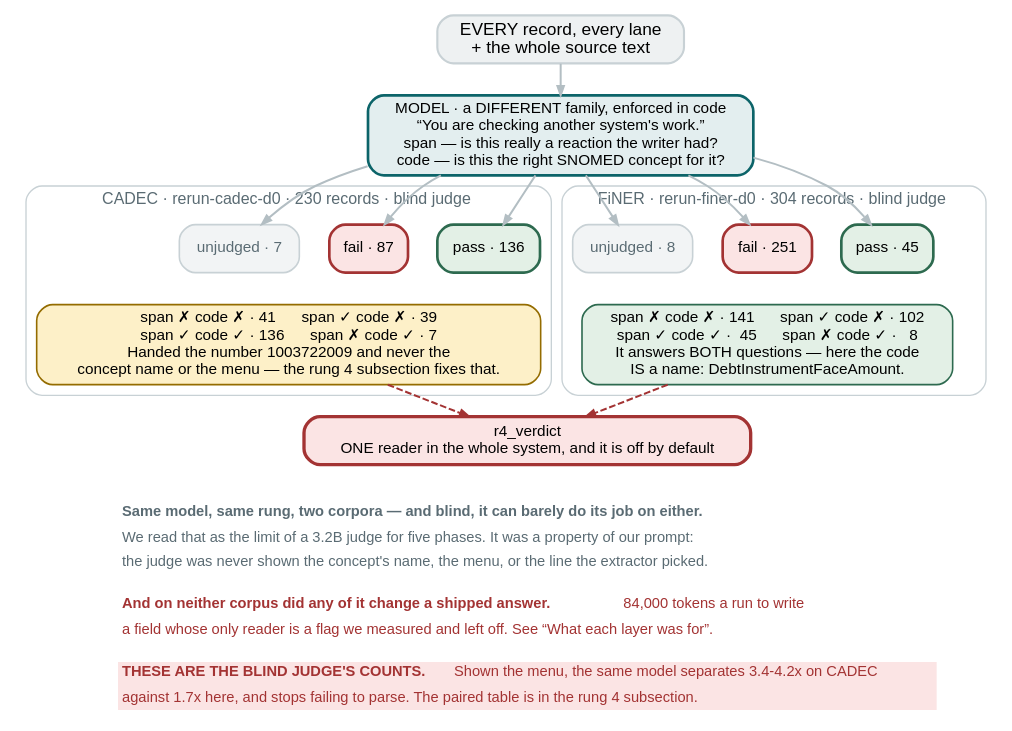
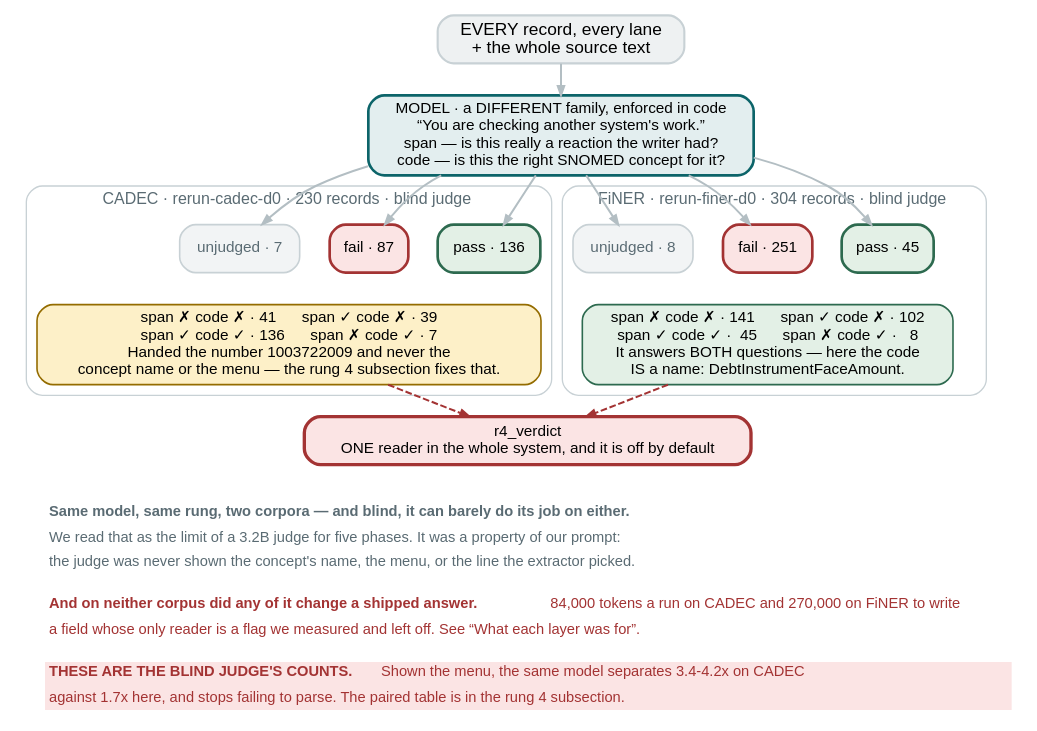
One commit to wbagais/reliability-ladder changed the diagram in docs/figures/fig18-rung4.dot. Above: the diagram before and after it, drawn with Graphviz. The commit also changed 9 other files, not shown here.

Commit message:
Two-corpus article: the same audit — CADEC corrections ported; FiNER's type-check gold numbers were the test split's (dev: 89.7% typed, 2.7% false rejections), the 47.6 example was outside the dev split, 19.5→Revenues is post-vote, 12 synonyms per concept is one concept; four figures corrected

```diff
--- a/docs/figures/fig18-rung4.dot
+++ b/docs/figures/fig18-rung4.dot
@@ -1,67 +1,67 @@
 // Rung 4 on both corpora. One model call per record; the judge is required to be
 // a different family from the extractor, enforced in run.py.
 //
 // THE BLIND JUDGE AS SHIPPED, on the base run (2026-09-03): CADEC
 // rerun-cadec-d0 (230 records) pass 136 / fail 87 / 7 unjudged; FiNER
 // rerun-finer-d0 (304) pass 45 / fail 251 / 8 unjudged, decomposed to
 // (span_ok, code_ok). Each panel is ONE run and says which. The judge here was
 // handed a bare code and no menu; the menu-shown judge (rungs.4.menu) is the
 // table in article section 6, and it supersedes these counts.
 //
 // COLOUR KEY — the article's: teal a model runs here · green pass · red fail
 digraph rung4 {
   rankdir=TB; bgcolor="white"; nodesep=0.30; ranksep=0.34;
   node [shape=box style="filled,rounded" fontname="Helvetica" fontsize=11.5
         color="#c8d1d5" penwidth=1.2];
   edge [color="#b3bec3" penwidth=1.5 arrowsize=0.7 fontname="Helvetica" fontsize=10];
 
   in [label="EVERY record, every lane\n+ the whole source text"
       fillcolor="#eef1f2" fontsize=13 penwidth=1.6];
   j  [label="MODEL · a DIFFERENT family, enforced in code\n“You are checking another system's work.”\nspan — is this really a reaction the writer had?\ncode — is this the right SNOMED concept for it?"
       fillcolor="#e3eeef" color="#0c6469" penwidth=2];
 
   subgraph cluster_c {
     label="  CADEC · rerun-cadec-d0 · 230 records · blind judge  "; fontname="Helvetica"; fontsize=12;
     color="#c8d1d5"; style=rounded; fontcolor="#5a6b73";
     cp [label="pass · 136" fillcolor="#e3f0e6" color="#2d6a4f" penwidth=2];
     cf [label="fail · 87" fillcolor="#fbe4e4" color="#a33333" penwidth=2];
     cu [label="unjudged · 7" fillcolor="#f2f4f5" fontcolor="#5a6b73"];
     cn [label="span ✗ code ✗ · 41      span ✓ code ✗ · 39\nspan ✓ code ✓ · 136      span ✗ code ✓ · 7\nHanded the number 1003722009 and never the\nconcept name or the menu — the rung 4 subsection fixes that."
         fillcolor="#fdf0c8" color="#946c00"];
     { rank=same; cp; cf; cu }
     cp -> cn [style=invis]; cf -> cn [style=invis];
   }
 
   subgraph cluster_f {
     label="  FiNER · rerun-finer-d0 · 304 records · blind judge  "; fontname="Helvetica";
     fontsize=12; color="#c8d1d5"; style=rounded; fontcolor="#5a6b73";
     fp [label="pass · 45" fillcolor="#e3f0e6" color="#2d6a4f" penwidth=2];
     ff [label="fail · 251" fillcolor="#fbe4e4" color="#a33333" penwidth=2];
     fu [label="unjudged · 8" fillcolor="#f2f4f5" fontcolor="#5a6b73"];
     fn [label="span ✗ code ✗ · 141      span ✓ code ✗ · 102\nspan ✓ code ✓ ·  45      span ✗ code ✓ ·   8\nIt answers BOTH questions — here the code
 IS a name: DebtInstrumentFaceAmount."
         fillcolor="#e3f0e6" color="#2d6a4f"];
     { rank=same; fp; ff; fu }
     fp -> fn [style=invis]; ff -> fn [style=invis];
   }
 
   dead [label="r4_verdict\nONE reader in the whole system, and it is off by default"
         fillcolor="#fbe4e4" color="#a33333" penwidth=2.5];
 
   in -> j; j -> cp; j -> cf; j -> cu; j -> fp; j -> ff; j -> fu;
   cn -> dead [style=dashed color="#a33333"]; fn -> dead [style=dashed color="#a33333"];
 
   note [shape=plaintext style="" fillcolor="white"
         label=<<TABLE BORDER="0" CELLBORDER="0" CELLSPACING="0" CELLPADDING="3">
         <TR><TD ALIGN="LEFT"><FONT POINT-SIZE="11" COLOR="#5a6b73"><B>Same model, same rung, two corpora — and blind, it can barely do its job on either.</B></FONT></TD></TR>
         <TR><TD ALIGN="LEFT"><FONT POINT-SIZE="11" COLOR="#5a6b73">We read that as the limit of a 3.2B judge for five phases. It was a property of our prompt:</FONT></TD></TR>
         <TR><TD ALIGN="LEFT"><FONT POINT-SIZE="11" COLOR="#5a6b73">the judge was never shown the concept&#39;s name, the menu, or the line the extractor picked.</FONT></TD></TR>
         <TR><TD ALIGN="LEFT"><FONT POINT-SIZE="8"> </FONT></TD></TR>
-        <TR><TD ALIGN="LEFT"><FONT POINT-SIZE="11" COLOR="#a33333"><B>And on neither corpus did any of it change a shipped answer.</B> 84,000 tokens a run to write</FONT></TD></TR>
+        <TR><TD ALIGN="LEFT"><FONT POINT-SIZE="11" COLOR="#a33333"><B>And on neither corpus did any of it change a shipped answer.</B> 84,000 tokens a run on CADEC and 270,000 on FiNER to write</FONT></TD></TR>
         <TR><TD ALIGN="LEFT"><FONT POINT-SIZE="11" COLOR="#a33333">a field whose only reader is a flag we measured and left off. See “What each layer was for”.</FONT></TD></TR>
         <TR><TD ALIGN="LEFT"><FONT POINT-SIZE="8"> </FONT></TD></TR>
         <TR><TD ALIGN="LEFT" BGCOLOR="#fbe4e4"><FONT POINT-SIZE="11" COLOR="#a33333"><B>THESE ARE THE BLIND JUDGE&#39;S COUNTS.</B> Shown the menu, the same model separates 3.4-4.2x on CADEC</FONT></TD></TR>
         <TR><TD ALIGN="LEFT" BGCOLOR="#fbe4e4"><FONT POINT-SIZE="11" COLOR="#a33333">against 1.7x here, and stops failing to parse. The paired table is in the rung 4 subsection.</FONT></TD></TR>
         </TABLE>>];
   dead -> note [style=invis];
 }
```
